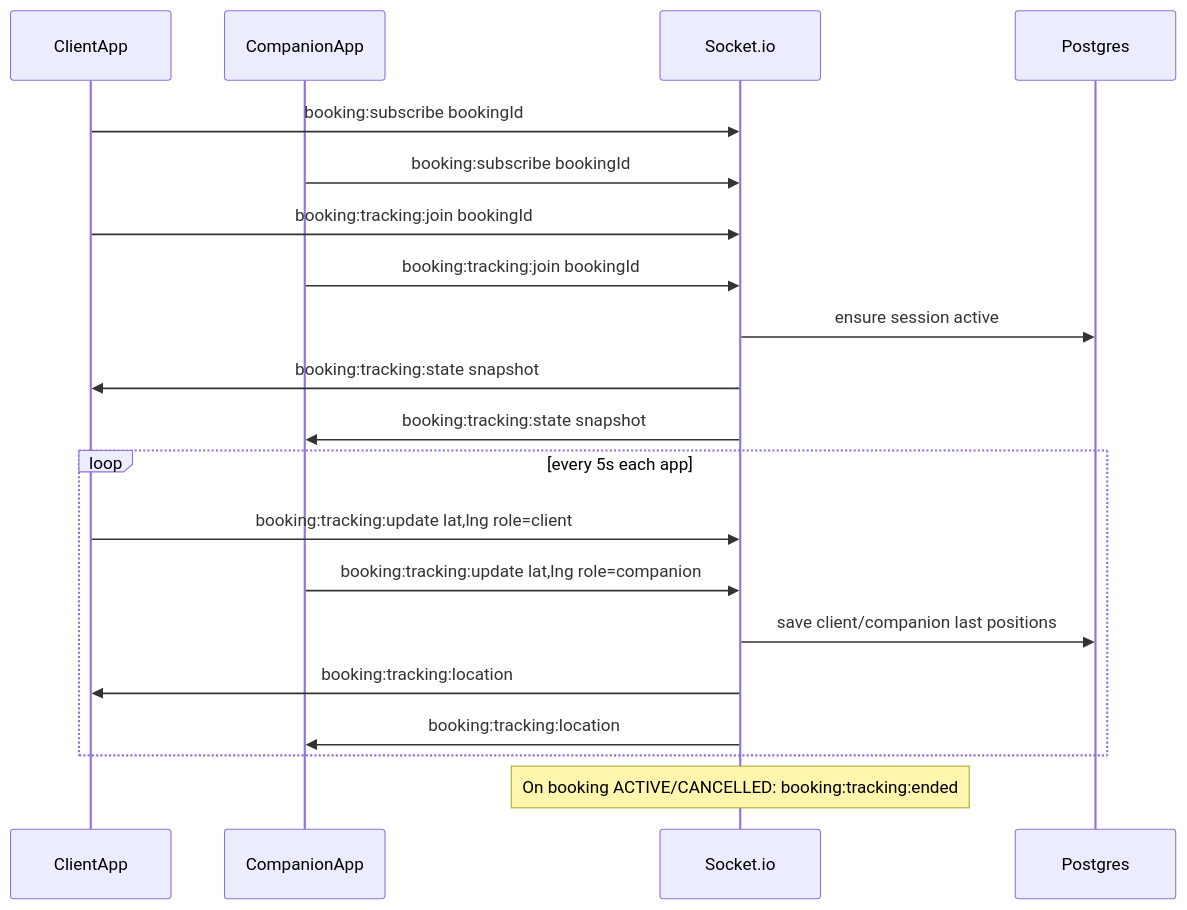
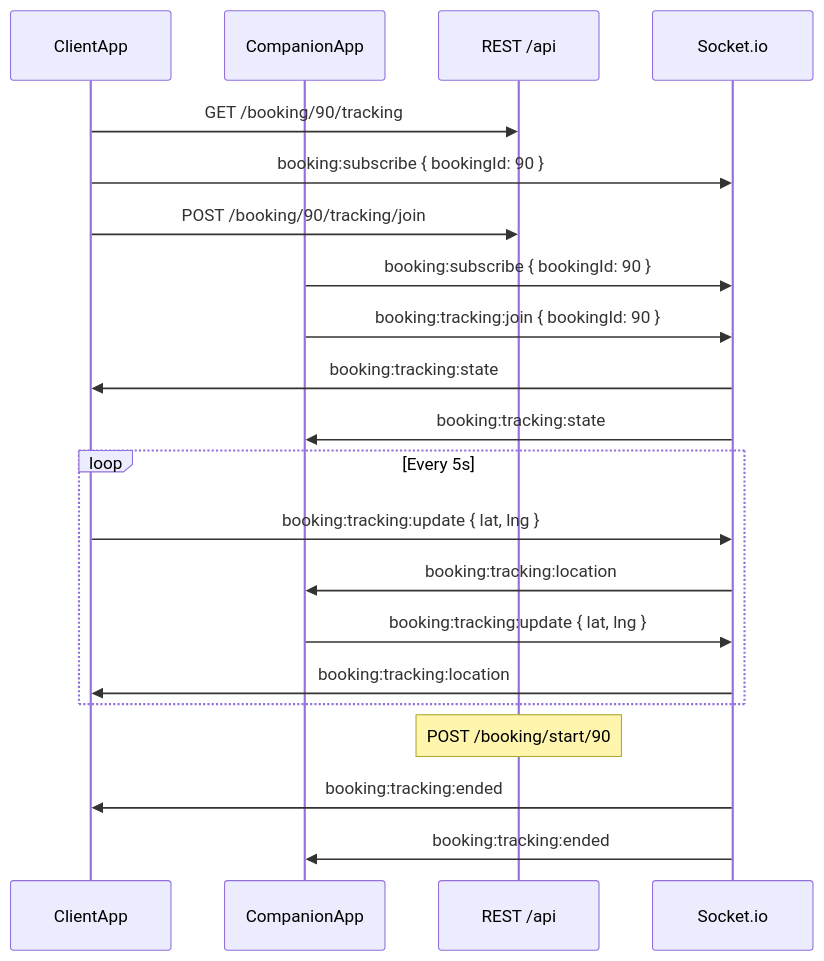
Before and after one commit to zeeshan038/Jikanzo-backend: the diagram in docs/BOOKING_LIVE_TRACKING_PLAN.md, drawn with Mermaid. The commit also changed other lines of this file and 3 other files, not shown here.

````diff
--- a/docs/BOOKING_LIVE_TRACKING_PLAN.md
+++ b/docs/BOOKING_LIVE_TRACKING_PLAN.md
@@ -53,26 +287,27 @@
 ```mermaid
 sequenceDiagram
   participant ClientApp
   participant CompanionApp
+  participant API as REST /api
   participant Socket as Socket.io
-  participant DB as Postgres
 
-  ClientApp->>Socket: booking:subscribe bookingId
-  CompanionApp->>Socket: booking:subscribe bookingId
+  ClientApp->>API: GET /booking/90/tracking
+  ClientApp->>Socket: booking:subscribe { bookingId: 90 }
+  ClientApp->>API: POST /booking/90/tracking/join
 
-  ClientApp->>Socket: booking:tracking:join bookingId
-  CompanionApp->>Socket: booking:tracking:join bookingId
-  Socket->>DB: ensure session active
-  Socket->>ClientApp: booking:tracking:state snapshot
-  Socket->>CompanionApp: booking:tracking:state snapshot
+  CompanionApp->>Socket: booking:subscribe { bookingId: 90 }
+  CompanionApp->>Socket: booking:tracking:join { bookingId: 90 }
+  Socket->>ClientApp: booking:tracking:state
+  Socket->>CompanionApp: booking:tracking:state
 
-  loop every 5s each app
-    ClientApp->>Socket: booking:tracking:update lat,lng role=client
-    CompanionApp->>Socket: booking:tracking:update lat,lng role=companion
-    Socket->>DB: save client/companion last positions
+  loop Every 5s
+    ClientApp->>Socket: booking:tracking:update { lat, lng }
+    Socket->>CompanionApp: booking:tracking:location
+    CompanionApp->>Socket: booking:tracking:update { lat, lng }
     Socket->>ClientApp: booking:tracking:location
-    Socket->>CompanionApp: booking:tracking:location
   end
 
-  Note over Socket: On booking ACTIVE/CANCELLED: booking:tracking:ended
+  Note over API: POST /booking/start/90
+  Socket->>ClientApp: booking:tracking:ended
+  Socket->>CompanionApp: booking:tracking:ended
 ```
````
